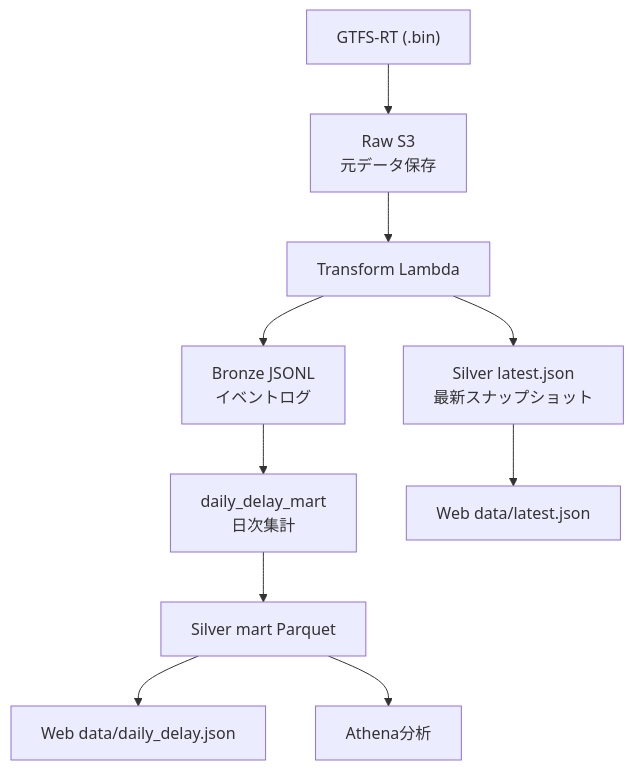
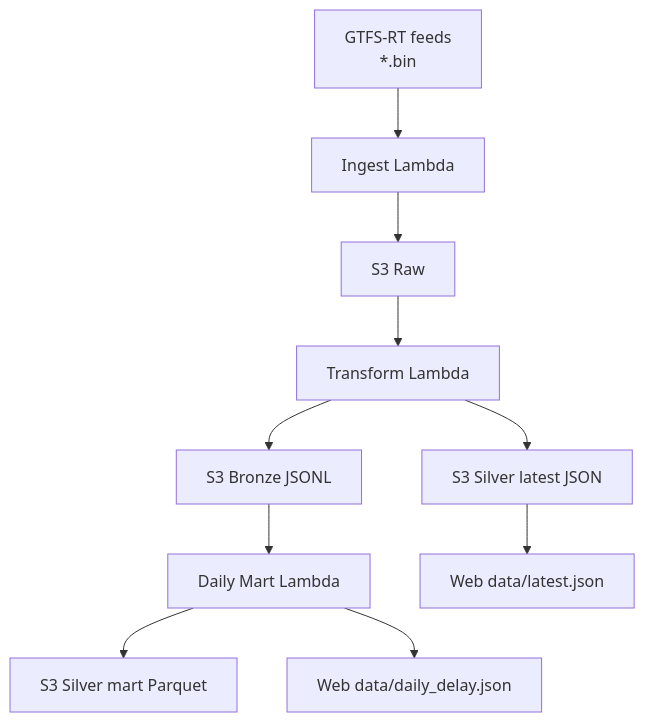
The diagram in books/agyancast-gtfs-rt-data-platform-guide/08-architecture.md (ShinnnosukeNakamura/agyancast), drawn with Mermaid before and after one commit. The commit also changed other lines of this file and 15 other files, not shown here.

Commit message:
Refocus book on agyancast design and GTFS/BIN details

````diff
--- a/books/agyancast-gtfs-rt-data-platform-guide/08-architecture.md
+++ b/books/agyancast-gtfs-rt-data-platform-guide/08-architecture.md
@@ -9,12 +7,12 @@
 ```mermaid
 flowchart TD
-  A["GTFS-RT (.bin)"] --> B["Raw S3\n元データ保存"]
-  B --> C["Transform Lambda"]
-  C --> D["Bronze JSONL\nイベントログ"]
-  C --> E["Silver latest.json\n最新スナップショット"]
-  D --> F["daily_delay_mart\n日次集計"]
-  F --> G["Silver mart Parquet"]
-  E --> H["Web data/latest.json"]
-  G --> I["Web data/daily_delay.json"]
-  G --> J["Athena分析"]
+  A["GTFS-RT feeds\n*.bin"] --> B["Ingest Lambda"]
+  B --> C["S3 Raw"]
+  C --> D["Transform Lambda"]
+  D --> E["S3 Bronze JSONL"]
+  D --> F["S3 Silver latest JSON"]
+  E --> G["Daily Mart Lambda"]
+  G --> H["S3 Silver mart Parquet"]
+  F --> I["Web data/latest.json"]
+  G --> J["Web data/daily_delay.json"]
 ```
````
